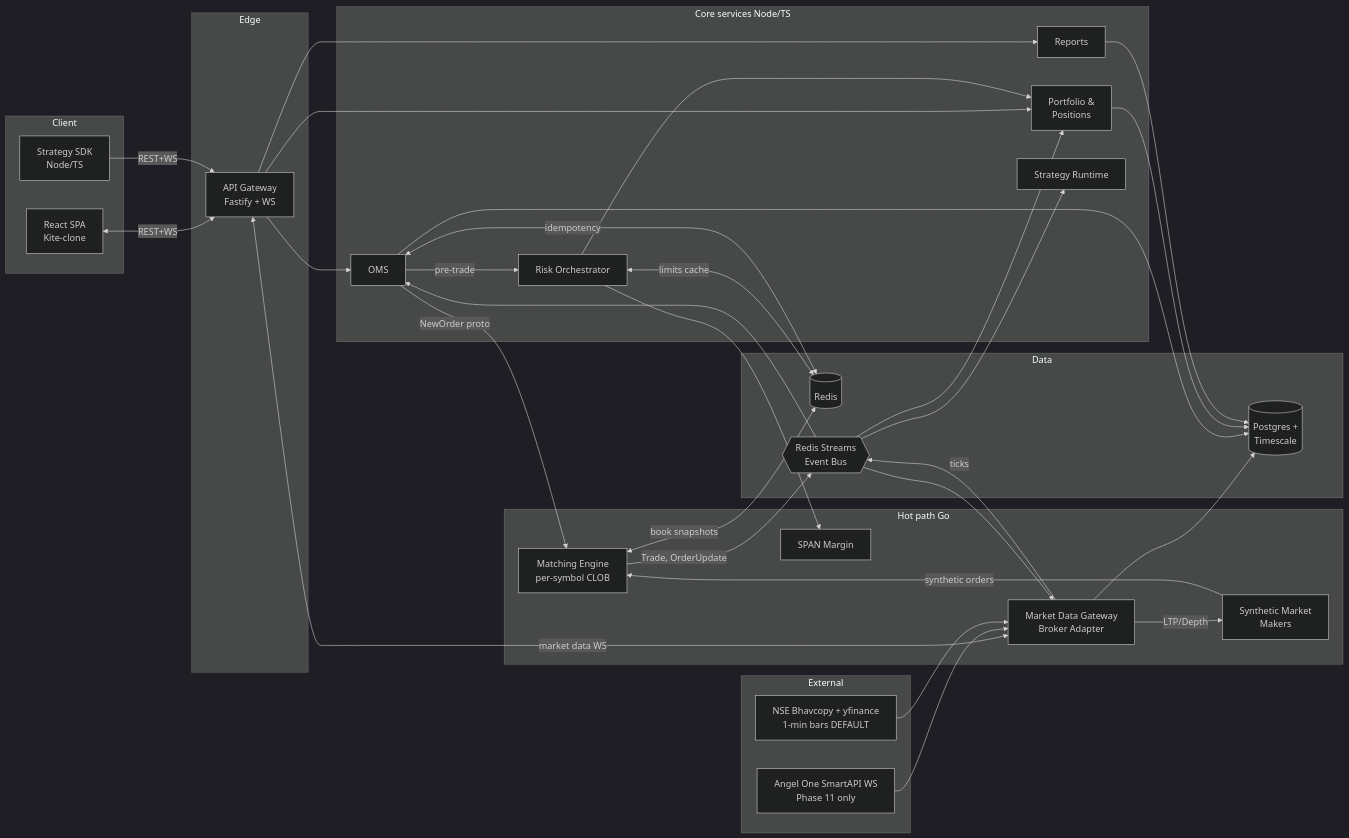
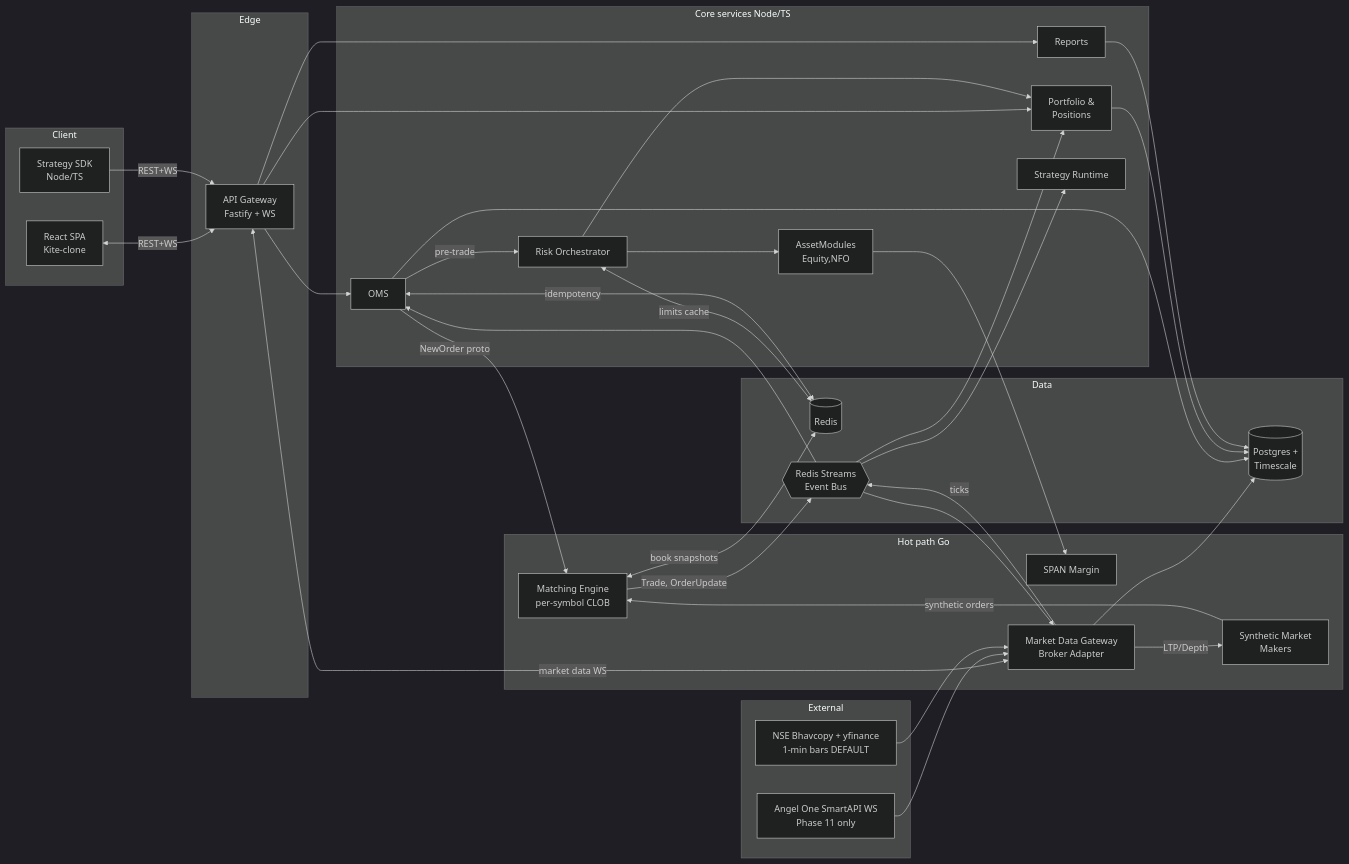
The first of 3 diagrams in docs/02-architecture.md (ganesh31/papertrading), drawn with Mermaid (dark theme) before and after one commit. The commit also changed other lines of this file and 15 other files, not shown here.

````diff
--- a/docs/02-architecture.md
+++ b/docs/02-architecture.md
@@ -24,69 +52,71 @@
 ```mermaid
 flowchart LR
   subgraph Client
     FE[React SPA<br/>Kite-clone]
     SDK[Strategy SDK<br/>Node/TS]
   end
 
   subgraph Edge
     GW[API Gateway<br/>Fastify + WS]
   end
 
   subgraph CoreNode["Core services Node/TS"]
     OMS[OMS]
     RISK[Risk Orchestrator]
     PORT[Portfolio &<br/>Positions]
     RPT[Reports]
     STRAT[Strategy Runtime]
+    MOD[AssetModules<br/>Equity,NFO]
   end
 
   subgraph CoreGo["Hot path Go"]
     ME[Matching Engine<br/>per-symbol CLOB]
     SPAN[SPAN Margin]
     MD[Market Data Gateway<br/>Broker Adapter]
     MM[Synthetic Market<br/>Makers]
   end
 
   subgraph Data
     PG[(Postgres +<br/>Timescale)]
     RD[(Redis)]
     BUS{{Redis Streams<br/>Event Bus}}
   end
 
   subgraph External
     HIST[NSE Bhavcopy + yfinance<br/>1-min bars DEFAULT]
     ANG[Angel One SmartAPI WS<br/>Phase 11 only]
   end
 
   FE <-->|REST+WS| GW
   SDK -->|REST+WS| GW
   GW --> OMS
   GW --> PORT
   GW --> RPT
   GW <-->|market data WS| MD
 
   OMS -->|pre-trade| RISK
-  RISK --> SPAN
+  RISK --> MOD
+  MOD --> SPAN
   RISK --> PORT
   OMS -->|NewOrder proto| ME
   ME -->|Trade, OrderUpdate| BUS
   MM -->|synthetic orders| ME
   MD -->|LTP/Depth| MM
   MD -->|ticks| BUS
 
   ANG --> MD
   HIST --> MD
 
   BUS --> OMS
   BUS --> PORT
   BUS --> STRAT
   BUS --> MD
 
   OMS --> PG
   PORT --> PG
   RPT --> PG
   MD --> PG
   ME <-->|book snapshots| RD
   RISK <-->|limits cache| RD
   OMS <-->|idempotency| RD
 ```
````
